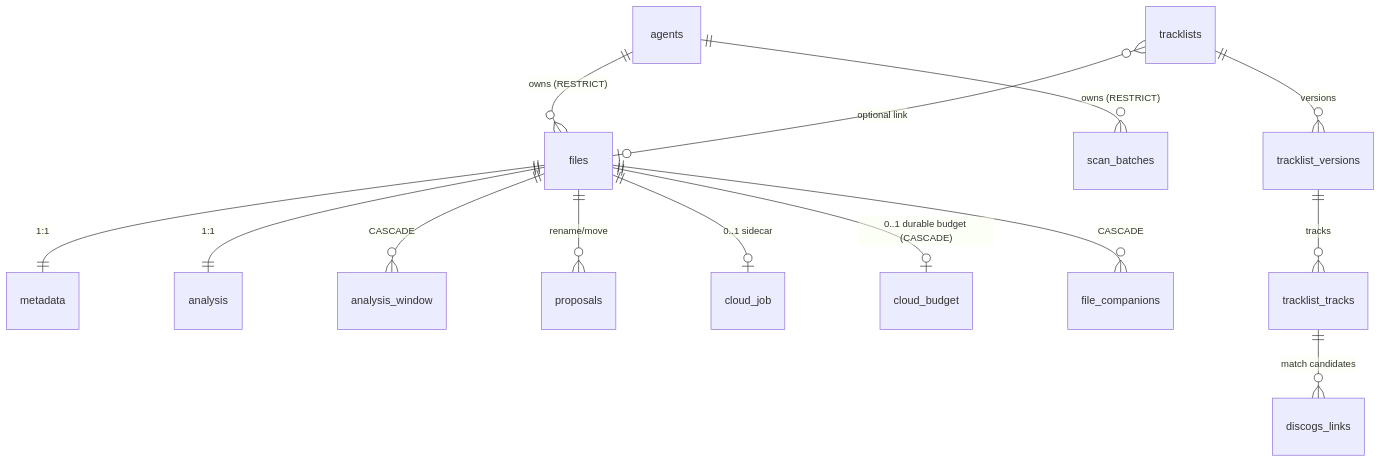
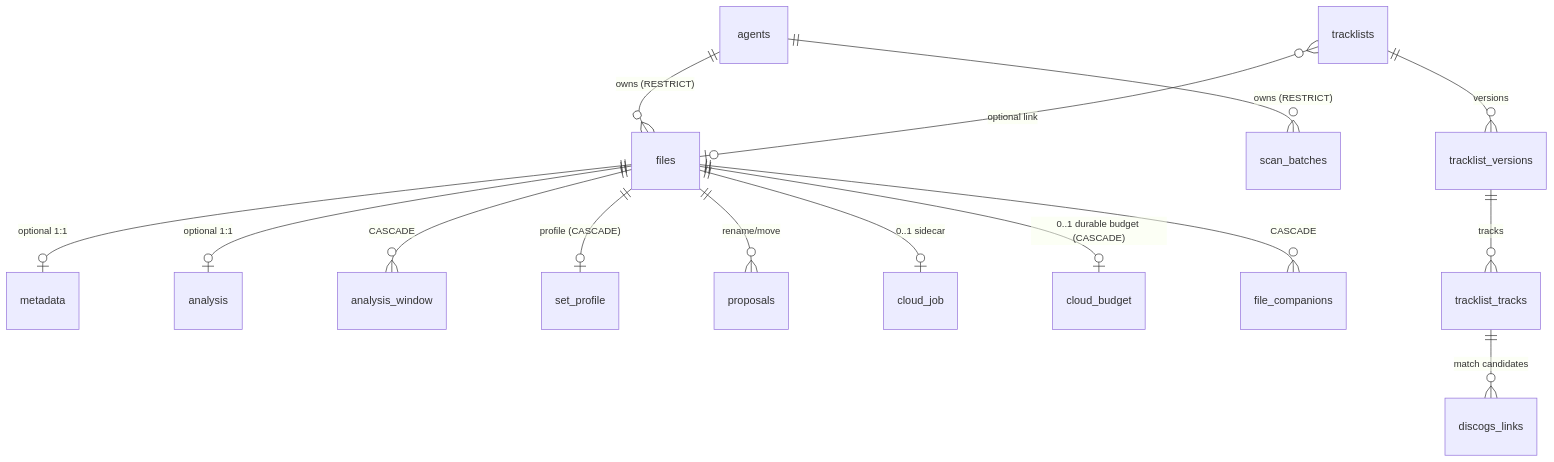
One commit to SimplicityGuy/phaze changed the first of 2 diagrams in docs/database.md. Above: the diagram before and after it, drawn with Mermaid. The commit also changed other lines of this file and 7 other files, not shown here.

Commit message:
docs(architecture): reconcile maintained system references

````diff
--- a/docs/database.md
+++ b/docs/database.md
@@ -59,16 +60,31 @@
 ```mermaid
 erDiagram
+    %% evidence: src/phaze/models/agent.py; src/phaze/models/file.py
     agents ||--o{ files : "owns (RESTRICT)"
+    %% evidence: src/phaze/models/agent.py; src/phaze/models/scan_batch.py
     agents ||--o{ scan_batches : "owns (RESTRICT)"
-    files ||--|| metadata : "1:1"
-    files ||--|| analysis : "1:1"
+    %% evidence: src/phaze/models/file.py; src/phaze/models/metadata.py
+    files ||--o| metadata : "optional 1:1"
+    %% evidence: src/phaze/models/file.py; src/phaze/models/analysis.py
+    files ||--o| analysis : "optional 1:1"
+    %% evidence: src/phaze/models/analysis.py
     files ||--o{ analysis_window : "CASCADE"
+    %% evidence: src/phaze/models/file.py; src/phaze/models/set_profile.py
+    files ||--o| set_profile : "profile (CASCADE)"
+    %% evidence: src/phaze/models/file.py; src/phaze/models/proposal.py
     files ||--o{ proposals : "rename/move"
+    %% evidence: src/phaze/models/cloud_job.py
     files ||--o| cloud_job : "0..1 sidecar"
+    %% evidence: src/phaze/models/cloud_budget.py
     files ||--o| cloud_budget : "0..1 durable budget (CASCADE)"
+    %% evidence: src/phaze/models/file_companion.py
     files ||--o{ file_companions : "CASCADE"
+    %% evidence: src/phaze/models/tracklist.py
     tracklists ||--o{ tracklist_versions : "versions"
+    %% evidence: src/phaze/models/tracklist.py
     tracklist_versions ||--o{ tracklist_tracks : "tracks"
+    %% evidence: src/phaze/models/tracklist.py; src/phaze/models/discogs_link.py
     tracklist_tracks ||--o{ discogs_links : "match candidates"
+    %% evidence: src/phaze/models/tracklist.py; src/phaze/models/file.py
     tracklists }o--o| files : "optional link"
 ```
````
